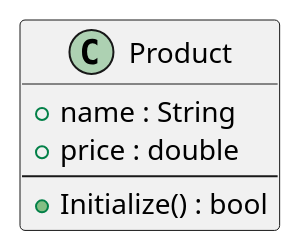
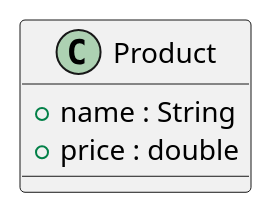
Before and after one commit to PJMPR/lab03-intruduction-to-classes: the diagram in UML/Instance.puml, drawn with PlantUML.

Commit message:
start lab 03

```diff
--- a/UML/Instance.puml
+++ b/UML/Instance.puml
@@ -1,11 +1,10 @@
 @startuml test
 
 
 class Product {
     + name : String
     + price : double
-    --
-    + Initialize() : bool
 }
 
+
 @enduml
```
